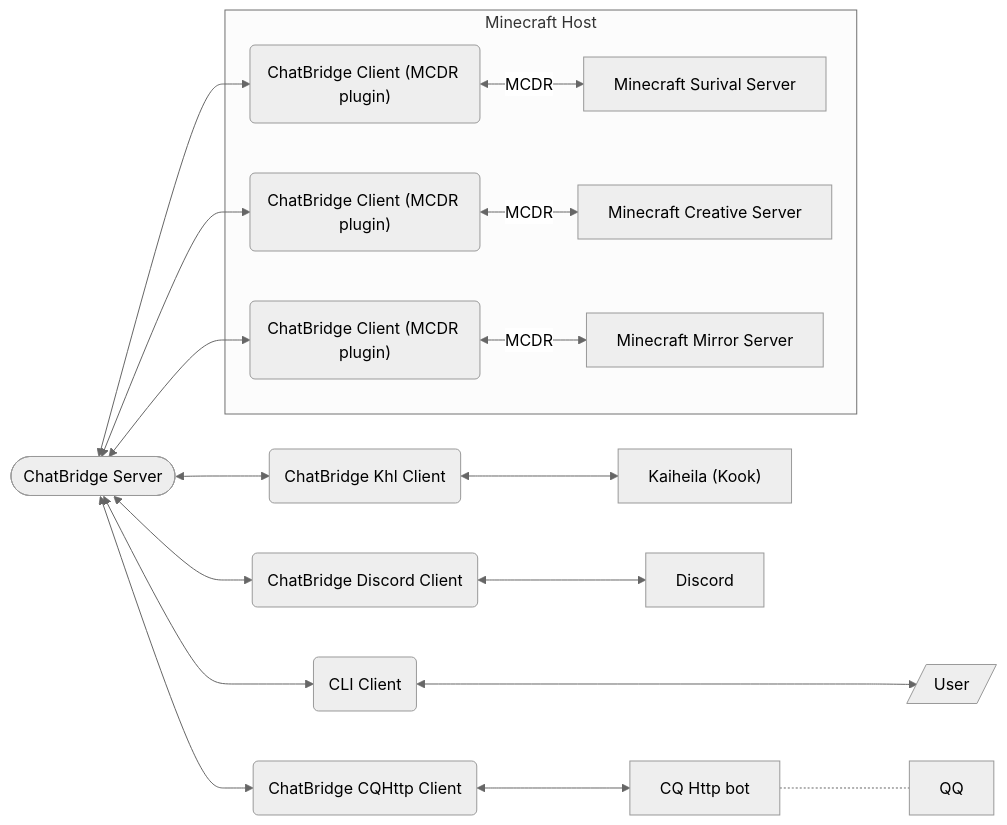
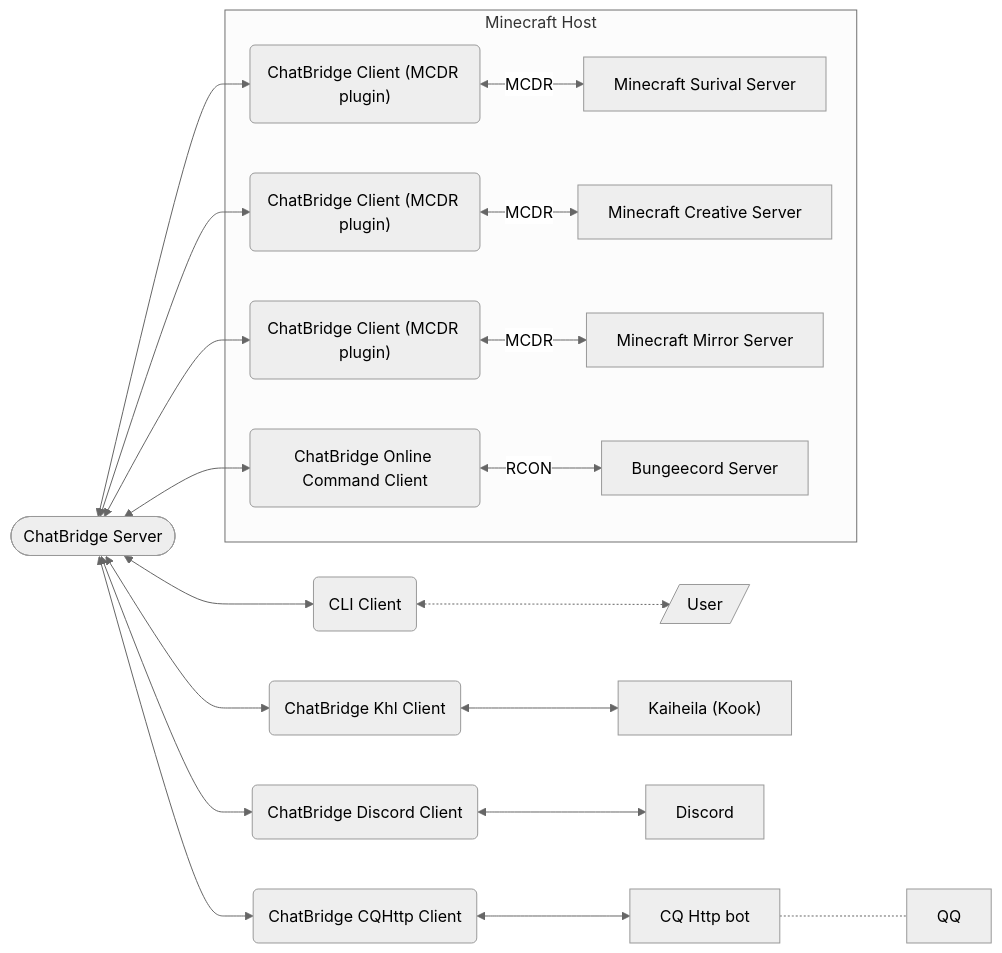
One commit to TISUnion/ChatBridge changed the diagram in README.md. Above: the diagram before and after it, drawn with Mermaid (neutral theme).

Commit message:
online command client in flowchart image

````diff
--- a/README.md
+++ b/README.md
@@ -7,17 +7,16 @@
 ```mermaid
 flowchart LR
     subgraph Minecraft Host
     mcdr1("ChatBridge Client (MCDR plugin)")<--MCDR-->smp[Minecraft Surival Server]
     mcdr2("ChatBridge Client (MCDR plugin)")<--MCDR-->cmp[Minecraft Creative Server]
     mcdr3("ChatBridge Client (MCDR plugin)")<--MCDR-->smpc[Minecraft Mirror Server]
+    online("ChatBridge Online Command Client")<--RCON-->bc[Bungeecord Server]
     end
     
     server(["ChatBridge Server"])
-    server<-->mcdr1
-    server<-->mcdr2
-    server<-->mcdr3
-    server<-->cli_client("CLI Client")<--->user[/User/]
+    server<-->mcdr1 & mcdr2 & mcdr3 & online
+    server<-->cli_client("CLI Client")<-.->user[/User/]
     server<-->cq_client("ChatBridge CQHttp Client")<-->cqhttp[CQ Http bot]-.-QQ
     server<-->khl_client("ChatBridge Khl Client")<-->khl["Kaiheila (Kook)"]
     server<-->discord_client("ChatBridge Discord Client")<-->Discord
 ```
````
